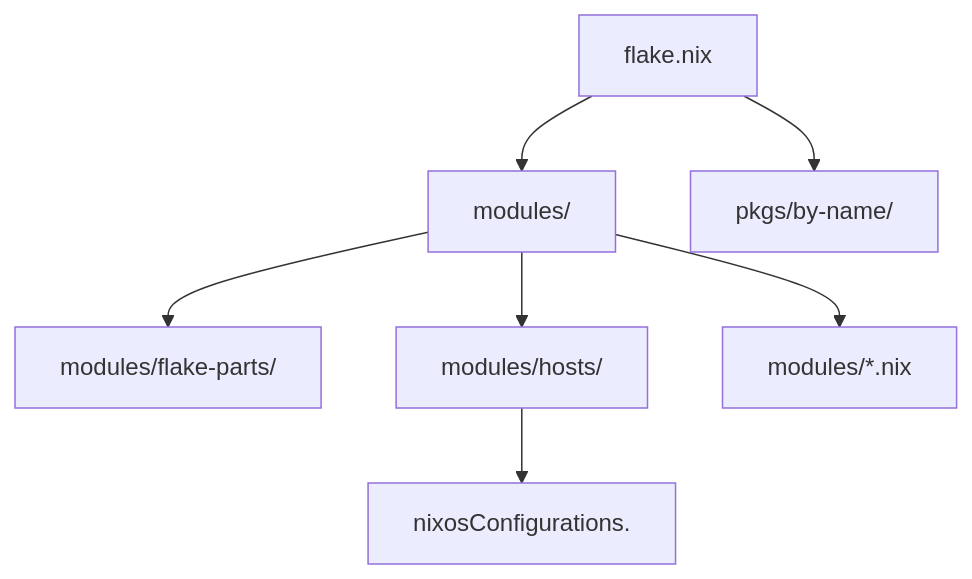
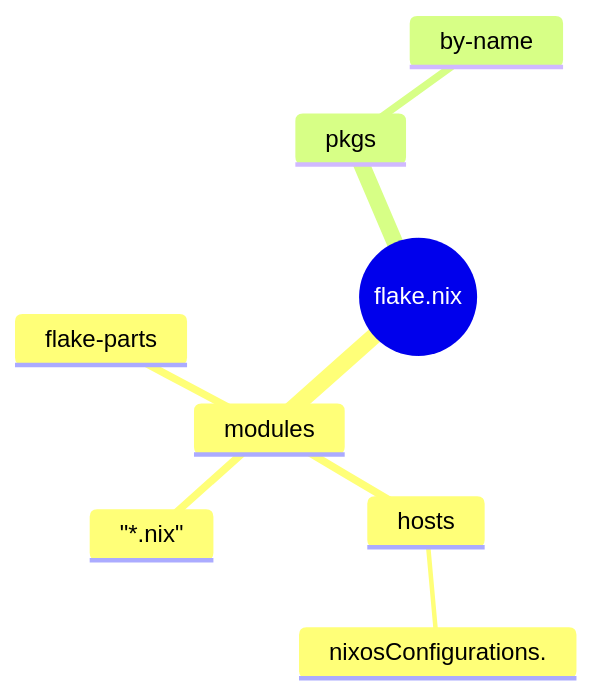
One commit to fbosch/nixos changed the diagram in README.md. Above: the diagram before and after it, drawn with Mermaid. The commit also changed other lines of this file, not shown here.

Commit message:
docs: replace layout flowchart with mindmap and presets flowchart with table

````diff
--- a/README.md
+++ b/README.md
@@ -32,17 +32,11 @@
 ```mermaid
-flowchart TD
-  root[flake.nix]
-  modules[modules/]
-  flakeparts[modules/flake-parts/]
-  hosts[modules/hosts/]
-  single[modules/*.nix]
-  pkgs[pkgs/by-name/]
-  configs[nixosConfigurations.<name>]
-
-  root --> modules
-  root --> pkgs
-  modules --> flakeparts
-  modules --> hosts
-  modules --> single
-  hosts --> configs
+mindmap
+  root((flake.nix))
+    modules
+      flake-parts
+      hosts
+        nixosConfigurations.<name>
+      "*.nix"
+    pkgs
+      by-name
 ```
````
